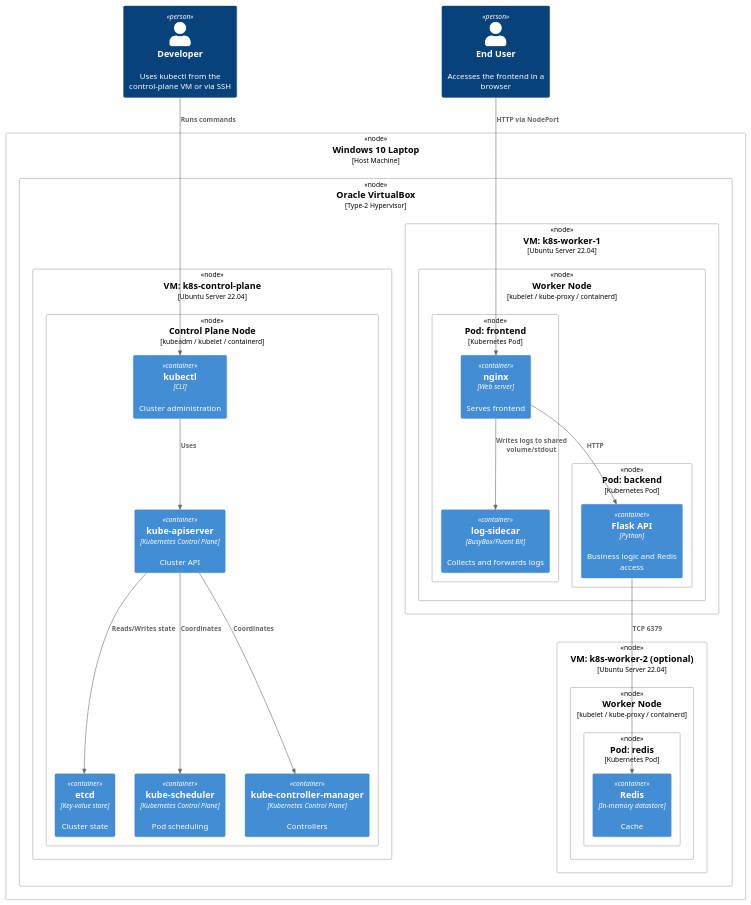
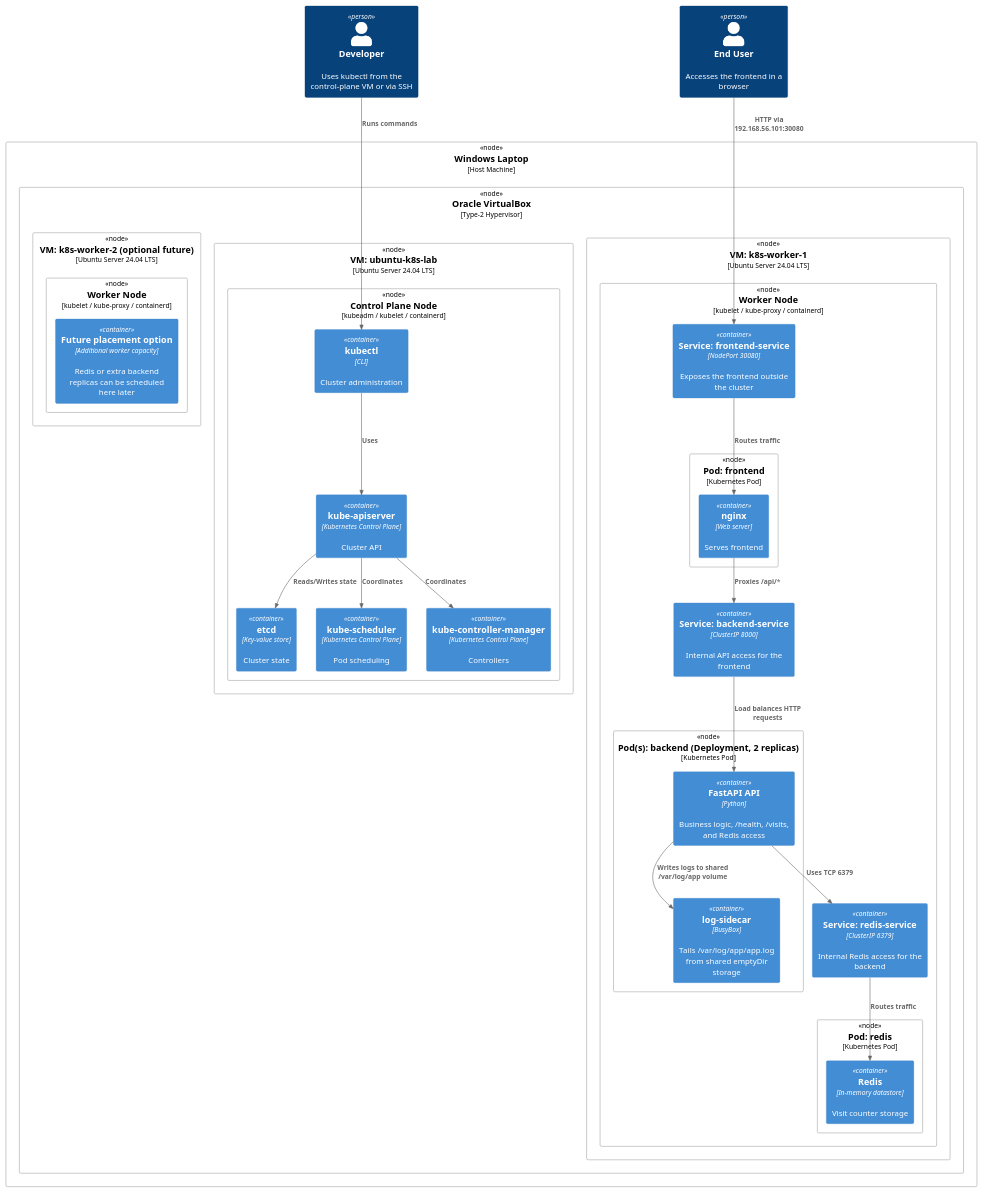
One commit to GasimV/Pet-Projects changed the diagram in k8s-multinode-lab/Architecture/Deployment.puml. Above: the diagram before and after it, drawn with PlantUML. The commit also changed 23 other files, not shown here.

First line of the commit message:
Refactor architecture diagrams and application structure

```diff
--- a/k8s-multinode-lab/Architecture/Deployment.puml
+++ b/k8s-multinode-lab/Architecture/Deployment.puml
@@ -1,58 +1,67 @@
 @startuml Deployment
 !include https://raw.githubusercontent.com/plantuml-stdlib/C4-PlantUML/master/C4_Deployment.puml
 
 LAYOUT_TOP_DOWN()
 
 Person(dev, "Developer", "Uses kubectl from the control-plane VM or via SSH")
 Person(user, "End User", "Accesses the frontend in a browser")
 
-Deployment_Node(host, "Windows 10 Laptop", "Host Machine") {
+Deployment_Node(host, "Windows Laptop", "Host Machine") {
   Deployment_Node(vbox, "Oracle VirtualBox", "Type-2 Hypervisor") {
 
-    Deployment_Node(cp_vm, "VM: k8s-control-plane", "Ubuntu Server 22.04") {
+    Deployment_Node(cp_vm, "VM: ubuntu-k8s-lab", "Ubuntu Server 24.04 LTS") {
       Deployment_Node(cp_os, "Control Plane Node", "kubeadm / kubelet / containerd") {
         Container(kube_apiserver, "kube-apiserver", "Kubernetes Control Plane", "Cluster API")
         Container(etcd, "etcd", "Key-value store", "Cluster state")
         Container(kube_scheduler, "kube-scheduler", "Kubernetes Control Plane", "Pod scheduling")
         Container(kube_controller, "kube-controller-manager", "Kubernetes Control Plane", "Controllers")
         Container(kubectl, "kubectl", "CLI", "Cluster administration")
       }
     }
 
-    Deployment_Node(worker1_vm, "VM: k8s-worker-1", "Ubuntu Server 22.04") {
+    Deployment_Node(worker1_vm, "VM: k8s-worker-1", "Ubuntu Server 24.04 LTS") {
       Deployment_Node(worker1_os, "Worker Node", "kubelet / kube-proxy / containerd") {
+        Container(frontend_service, "Service: frontend-service", "NodePort 30080", "Exposes the frontend outside the cluster")
+        Container(backend_service, "Service: backend-service", "ClusterIP 8000", "Internal API access for the frontend")
+        Container(redis_service, "Service: redis-service", "ClusterIP 6379", "Internal Redis access for the backend")
+
         Deployment_Node(frontend_pod, "Pod: frontend", "Kubernetes Pod") {
           Container(frontend_nginx, "nginx", "Web server", "Serves frontend")
-          Container(frontend_sidecar, "log-sidecar", "BusyBox/Fluent Bit", "Collects and forwards logs")
         }
 
-        Deployment_Node(backend_pod, "Pod: backend", "Kubernetes Pod") {
-          Container(backend_api, "Flask API", "Python", "Business logic and Redis access")
+        Deployment_Node(backend_pod, "Pod(s): backend (Deployment, 2 replicas)", "Kubernetes Pod") {
+          Container(backend_api, "FastAPI API", "Python", "Business logic, /health, /visits, and Redis access")
+          Container(backend_sidecar, "log-sidecar", "BusyBox", "Tails /var/log/app/app.log from shared emptyDir storage")
+        }
+
+        Deployment_Node(redis_pod, "Pod: redis", "Kubernetes Pod") {
+          Container(redis, "Redis", "In-memory datastore", "Visit counter storage")
         }
       }
     }
 
-    Deployment_Node(worker2_vm, "VM: k8s-worker-2 (optional)", "Ubuntu Server 22.04") {
+    Deployment_Node(worker2_vm, "VM: k8s-worker-2 (optional future)", "Ubuntu Server 24.04 LTS") {
       Deployment_Node(worker2_os, "Worker Node", "kubelet / kube-proxy / containerd") {
-        Deployment_Node(redis_pod, "Pod: redis", "Kubernetes Pod") {
-          Container(redis, "Redis", "In-memory datastore", "Cache")
-        }
+        Container(future_capacity, "Future placement option", "Additional worker capacity", "Redis or extra backend replicas can be scheduled here later")
       }
     }
 
   }
 }
 
 Rel(dev, kubectl, "Runs commands")
 Rel(kubectl, kube_apiserver, "Uses")
-Rel(user, frontend_nginx, "HTTP via NodePort")
+Rel(user, frontend_service, "HTTP via 192.168.56.101:30080")
 
 Rel(kube_apiserver, etcd, "Reads/Writes state")
 Rel(kube_apiserver, kube_scheduler, "Coordinates")
 Rel(kube_apiserver, kube_controller, "Coordinates")
 
-Rel(frontend_nginx, backend_api, "HTTP")
-Rel(backend_api, redis, "TCP 6379")
-Rel(frontend_nginx, frontend_sidecar, "Writes logs to shared volume/stdout")
+Rel(frontend_service, frontend_nginx, "Routes traffic")
+Rel(frontend_nginx, backend_service, "Proxies /api/*")
+Rel(backend_service, backend_api, "Load balances HTTP requests")
+Rel(backend_api, redis_service, "Uses TCP 6379")
+Rel(redis_service, redis, "Routes traffic")
+Rel(backend_api, backend_sidecar, "Writes logs to shared /var/log/app volume")
 
 @enduml
```
